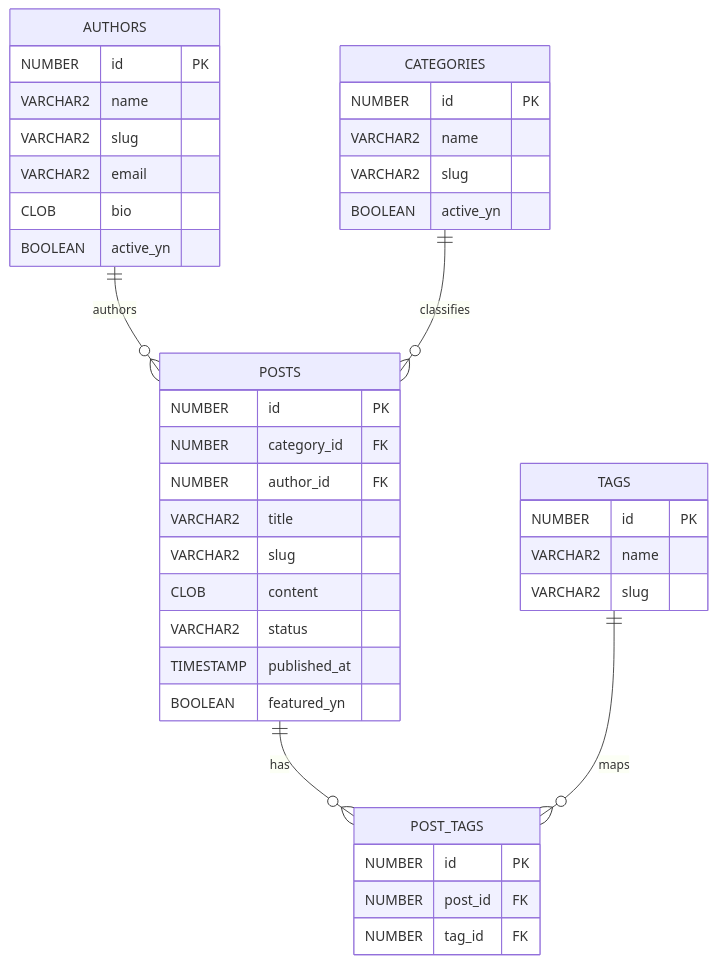
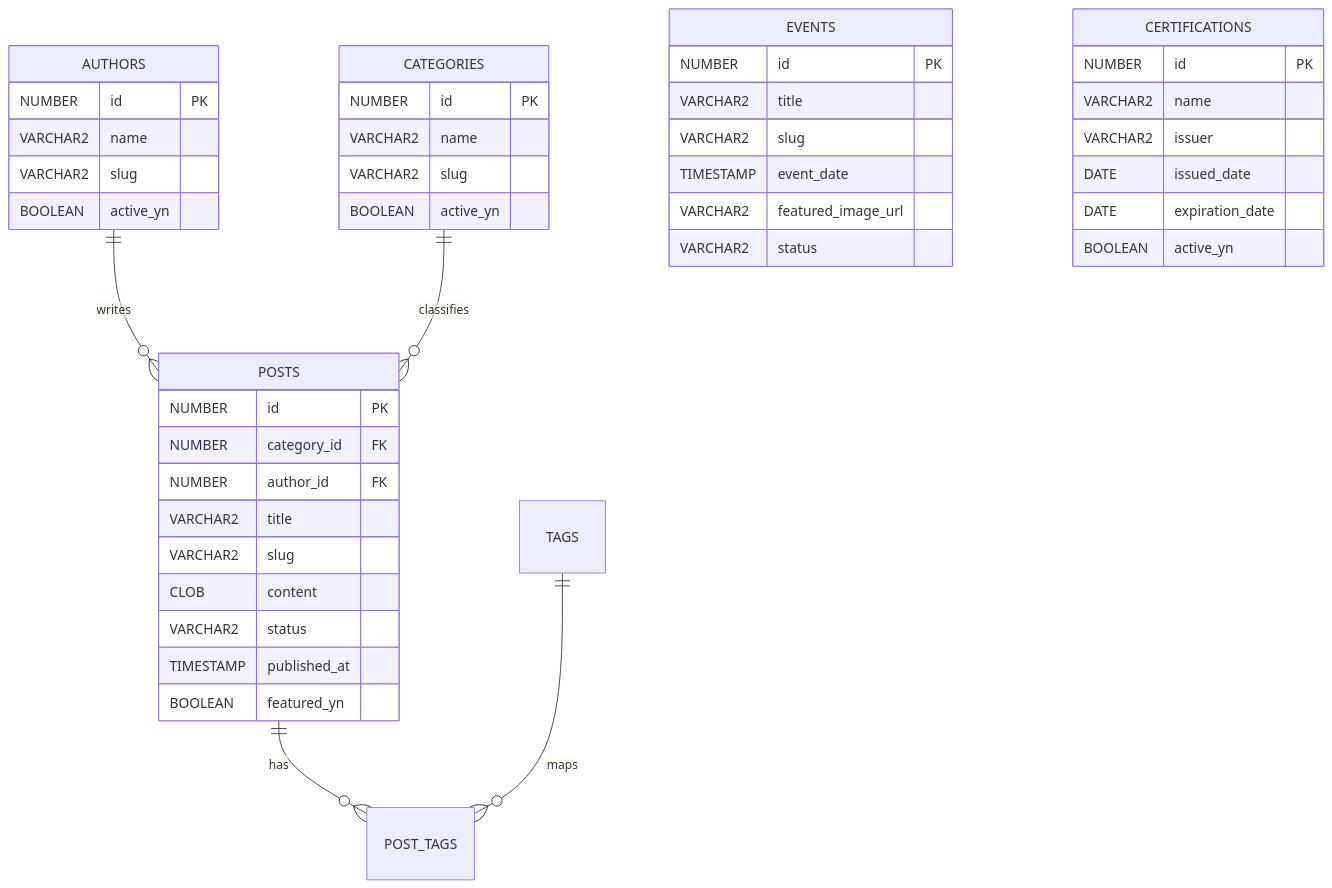
One commit to tinuslopez/Trinity changed the second of 2 diagrams in README.md. Above: the diagram before and after it, drawn with Mermaid. The commit also changed other lines of this file and 7 other files, not shown here.

First line of the commit message:
feat: extend TRINITY with events and certifications

````diff
--- a/README.md
+++ b/README.md
@@ -130,47 +157,51 @@
 ```mermaid
 erDiagram
-    AUTHORS ||--o{ POSTS : authors
+    AUTHORS ||--o{ POSTS : writes
     CATEGORIES ||--o{ POSTS : classifies
     POSTS ||--o{ POST_TAGS : has
     TAGS ||--o{ POST_TAGS : maps
 
     AUTHORS {
         NUMBER id PK
         VARCHAR2 name
         VARCHAR2 slug
-        VARCHAR2 email
-        CLOB bio
         BOOLEAN active_yn
     }
 
     CATEGORIES {
         NUMBER id PK
         VARCHAR2 name
         VARCHAR2 slug
         BOOLEAN active_yn
     }
 
     POSTS {
         NUMBER id PK
         NUMBER category_id FK
         NUMBER author_id FK
         VARCHAR2 title
         VARCHAR2 slug
         CLOB content
         VARCHAR2 status
         TIMESTAMP published_at
         BOOLEAN featured_yn
     }
 
-    TAGS {
+    EVENTS {
+        NUMBER id PK
+        VARCHAR2 title
+        VARCHAR2 slug
+        TIMESTAMP event_date
+        VARCHAR2 featured_image_url
+        VARCHAR2 status
+    }
+
+    CERTIFICATIONS {
         NUMBER id PK
         VARCHAR2 name
-        VARCHAR2 slug
-    }
-
-    POST_TAGS {
-        NUMBER id PK
-        NUMBER post_id FK
-        NUMBER tag_id FK
+        VARCHAR2 issuer
+        DATE issued_date
+        DATE expiration_date
+        BOOLEAN active_yn
     }
 ```
````
